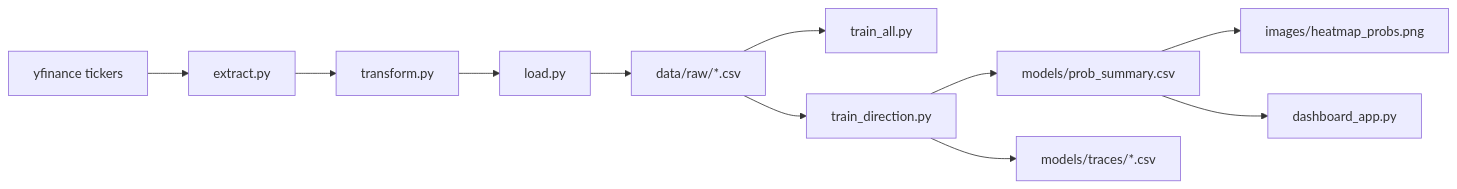
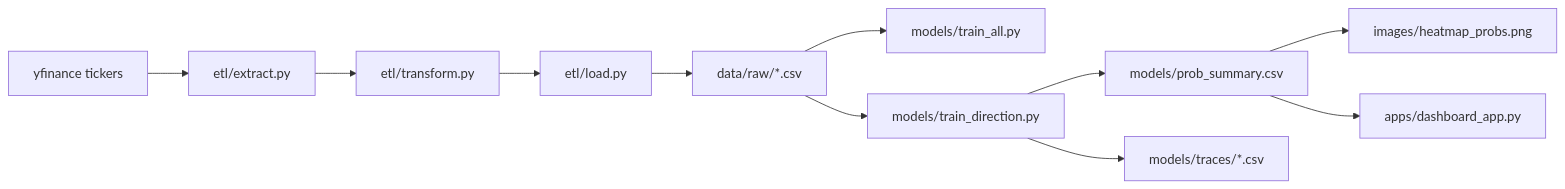
One commit to ShadowBlack33/ia-financiera changed the first of 2 diagrams in README.md. Above: the diagram before and after it, drawn with Mermaid. The commit also changed other lines of this file, not shown here.

`````diff
--- a/README.md
+++ b/README.md
@@ -49,13 +67,13 @@
 ```mermaid
 flowchart LR
-  A[yfinance tickers] --> B[extract.py]
-  B --> C[transform.py]
-  C --> D[load.py]
+  A[yfinance tickers] --> B[etl/extract.py]
+  B --> C[etl/transform.py]
+  C --> D[etl/load.py]
   D --> R[data/raw/*.csv]
-  R --> E[train_all.py]
-  R --> F[train_direction.py]
+  R --> E[models/train_all.py]
+  R --> F[models/train_direction.py]
   F --> S[models/prob_summary.csv]
   F --> T[models/traces/*.csv]
   S --> H[images/heatmap_probs.png]
-  S --> W[dashboard_app.py]
+  S --> W[apps/dashboard_app.py]
 ````
`````
